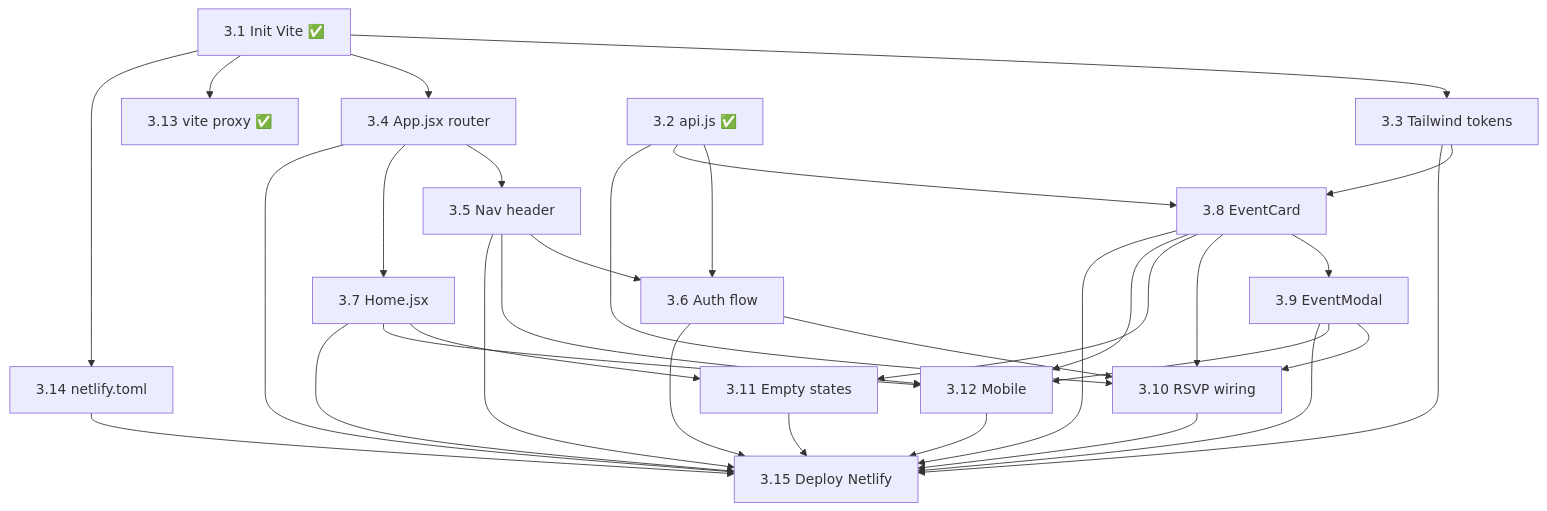
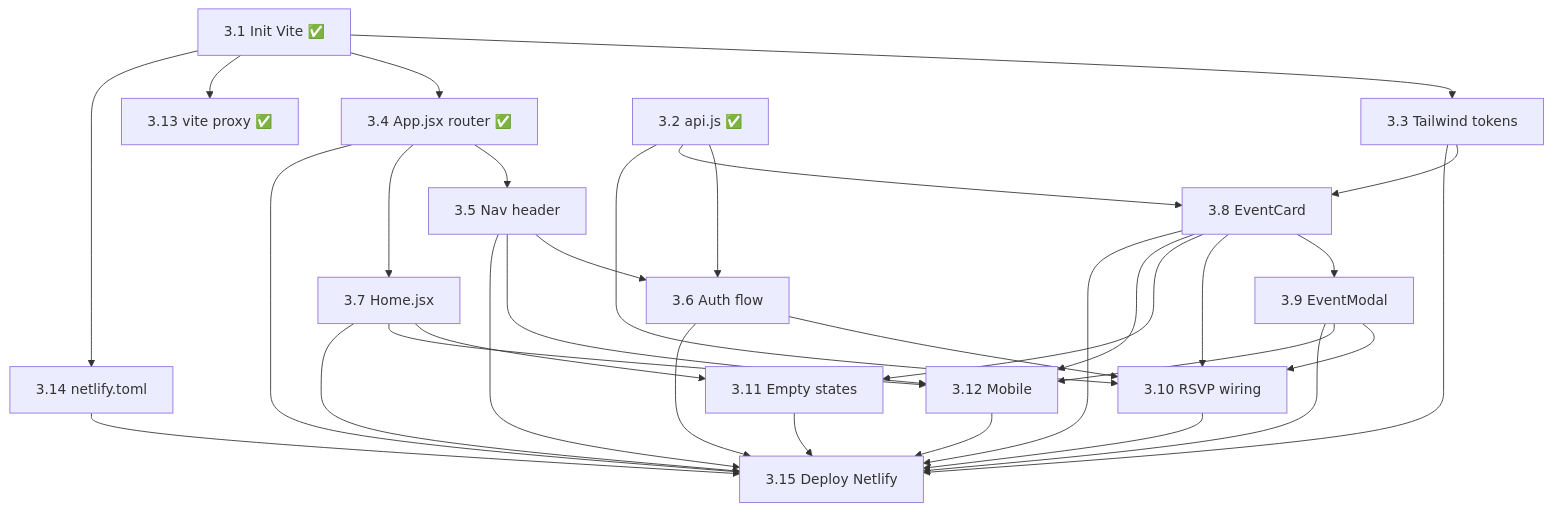
One commit to matthewpaolosbilo/claude-impact-lab-melbourne-team-5 changed the diagram in docs/dev3-dependencies.md. Above: the diagram before and after it, drawn with Mermaid. The commit also changed other lines of this file and 1 other file, not shown here.

````diff
--- a/docs/dev3-dependencies.md
+++ b/docs/dev3-dependencies.md
@@ -35,35 +35,35 @@
 ```mermaid
 graph TD
     3.1[3.1 Init Vite ✅] --> 3.3[3.3 Tailwind tokens]
-    3.1 --> 3.4[3.4 App.jsx router]
+    3.1 --> 3.4[3.4 App.jsx router ✅]
     3.1 --> 3.13[3.13 vite proxy ✅]
     3.1 --> 3.14[3.14 netlify.toml]
     3.2[3.2 api.js ✅] --> 3.6[3.6 Auth flow]
     3.3 --> 3.8[3.8 EventCard]
     3.4 --> 3.5[3.5 Nav header]
     3.4 --> 3.7[3.7 Home.jsx]
     3.5 --> 3.6
     3.5 --> 3.12[3.12 Mobile]
     3.2 --> 3.8
     3.8 --> 3.9[3.9 EventModal]
     3.2 --> 3.10[3.10 RSVP wiring]
     3.6 --> 3.10
     3.8 --> 3.10
     3.9 --> 3.10
     3.7 --> 3.11[3.11 Empty states]
     3.8 --> 3.11
     3.7 --> 3.12
     3.8 --> 3.12
     3.9 --> 3.12
     3.3 --> 3.15[3.15 Deploy Netlify]
     3.4 --> 3.15
     3.5 --> 3.15
     3.6 --> 3.15
     3.7 --> 3.15
     3.8 --> 3.15
     3.9 --> 3.15
     3.10 --> 3.15
     3.11 --> 3.15
     3.12 --> 3.15
     3.14 --> 3.15
 ```
````
